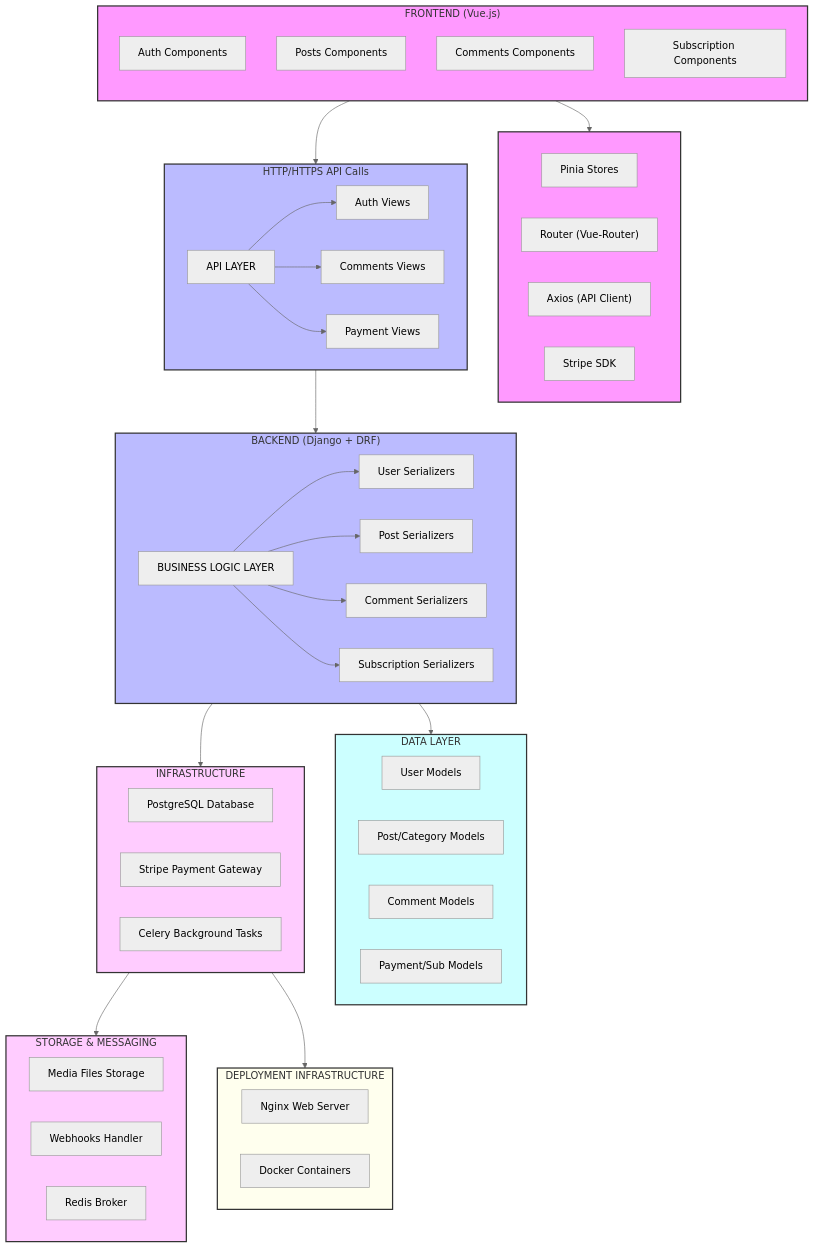
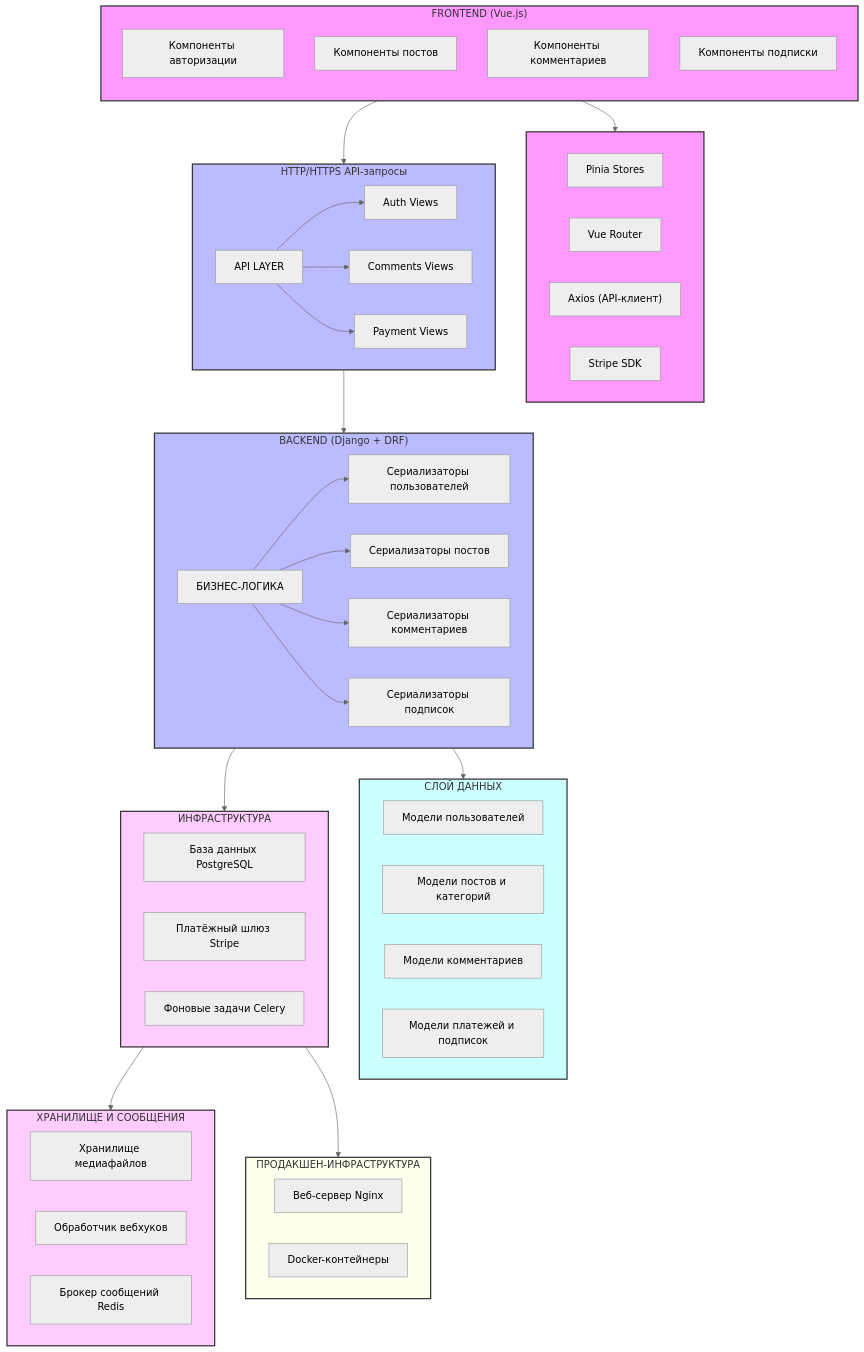
Before and after one commit to Saismain/postswithsubs: the diagram in README.md, drawn with Mermaid (neutral theme).

Commit message:
Switch language.md

````diff
--- a/README.md
+++ b/README.md
@@ -8,73 +8,73 @@
 ```mermaid
     graph TD
     subgraph FRONTEND["FRONTEND (Vue.js)"]
         direction TB
-        A1["Auth Components"] 
-        A2["Posts Components"] 
-        A3["Comments Components"] 
-        A4["Subscription Components"] 
+        A1["Компоненты авторизации"]
+        A2["Компоненты постов"]
+        A3["Компоненты комментариев"]
+        A4["Компоненты подписки"]
     end
 
     subgraph FRONTEND_LIBS[" "]
-        B1["Pinia Stores"] 
-        B2["Router (Vue-Router)"] 
-        B3["Axios (API Client)"] 
-        B4["Stripe SDK"] 
+        B1["Pinia Stores"]
+        B2["Vue Router"]
+        B3["Axios (API-клиент)"]
+        B4["Stripe SDK"]
     end
 
-    subgraph API_LAYER["HTTP/HTTPS API Calls"]
-        C1["API LAYER"] --> C1a["Auth Views"] 
-        C1 --> C1b["Comments Views"] 
-        C1 --> C1c["Payment Views"] 
+    subgraph API_LAYER["HTTP/HTTPS API-запросы"]
+        C1["API LAYER"] --> C1a["Auth Views"]
+        C1 --> C1b["Comments Views"]
+        C1 --> C1c["Payment Views"]
     end
 
     subgraph BACKEND["BACKEND (Django + DRF)"]
-        D1["BUSINESS LOGIC LAYER"] --> D1a["User Serializers"] 
-        D1 --> D1b["Post Serializers"] 
-        D1 --> D1c["Comment Serializers"] 
-        D1 --> D1d["Subscription Serializers"] 
+        D1["БИЗНЕС-ЛОГИКА"] --> D1a["Сериализаторы пользователей"]
+        D1 --> D1b["Сериализаторы постов"]
+        D1 --> D1c["Сериализаторы комментариев"]
+        D1 --> D1d["Сериализаторы подписок"]
     end
 
-    subgraph DATA_LAYER["DATA LAYER"]
-        E1["User Models"] 
-        E2["Post/Category Models"] 
-        E3["Comment Models"] 
-        E4["Payment/Sub Models"] 
+    subgraph DATA_LAYER["СЛОЙ ДАННЫХ"]
+        E1["Модели пользователей"]
+        E2["Модели постов и категорий"]
+        E3["Модели комментариев"]
+        E4["Модели платежей и подписок"]
     end
 
-    subgraph INFRASTRUCTURE["INFRASTRUCTURE"]
-        F1["PostgreSQL Database"] 
-        F2["Stripe Payment Gateway"] 
-        F3["Celery Background Tasks"] 
+    subgraph INFRASTRUCTURE["ИНФРАСТРУКТУРА"]
+        F1["База данных PostgreSQL"]
+        F2["Платёжный шлюз Stripe"]
+        F3["Фоновые задачи Celery"]
     end
 
-    subgraph STORAGE["STORAGE & MESSAGING"]
-        G1["Media Files Storage"] 
-        G2["Webhooks Handler"] 
-        G3["Redis Broker"] 
+    subgraph STORAGE["ХРАНИЛИЩЕ И СООБЩЕНИЯ"]
+        G1["Хранилище медиафайлов"]
+        G2["Обработчик вебхуков"]
+        G3["Брокер сообщений Redis"]
     end
 
-    subgraph DEPLOYMENT["DEPLOYMENT INFRASTRUCTURE"]
-        H1["Nginx Web Server"] 
-        H2["Docker Containers"] 
+    subgraph DEPLOYMENT["ПРОДАКШЕН-ИНФРАСТРУКТУРА"]
+        H1["Веб-сервер Nginx"]
+        H2["Docker-контейнеры"]
     end
 
-    %% Connections
+    %% Связи
     FRONTEND --> FRONTEND_LIBS
     FRONTEND --> API_LAYER
     API_LAYER --> BACKEND
     BACKEND --> DATA_LAYER
     BACKEND --> INFRASTRUCTURE
     INFRASTRUCTURE --> STORAGE
     INFRASTRUCTURE --> DEPLOYMENT
 
-    %% Styling for clarity
+    %% Стили
     style FRONTEND fill:#f9f,stroke:#333,stroke-width:2px
     style FRONTEND_LIBS fill:#f9f,stroke:#333,stroke-width:2px
     style API_LAYER fill:#bbf,stroke:#333,stroke-width:2px
     style BACKEND fill:#bbf,stroke:#333,stroke-width:2px
     style DATA_LAYER fill:#cff,stroke:#333,stroke-width:2px
     style INFRASTRUCTURE fill:#fcf,stroke:#333,stroke-width:2px
     style STORAGE fill:#fcf,stroke:#333,stroke-width:2px
     style DEPLOYMENT fill:#ffe,stroke:#333,stroke-width:2px
 ```
````
